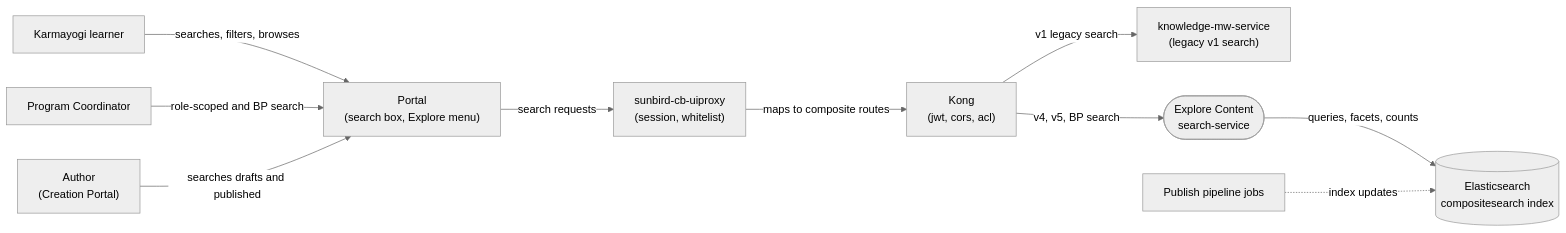
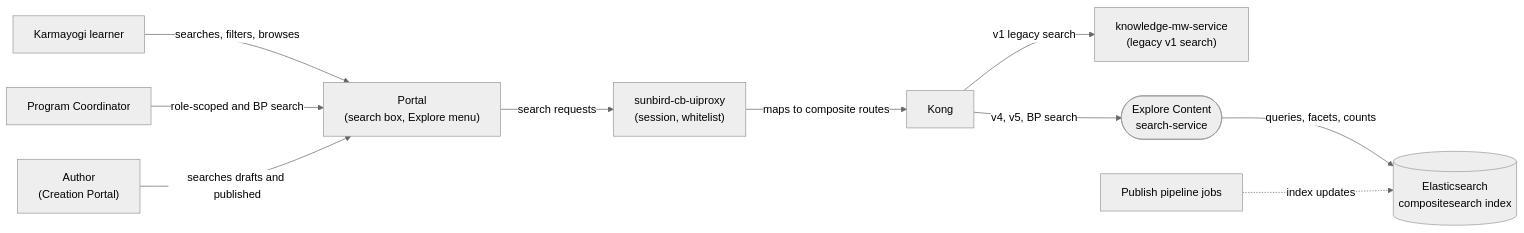
The diagram in docs/explore-content/context-diagram.md (KB-iGOT/igot-docs), drawn with Mermaid (neutral theme) before and after one commit. The commit also changed other lines of this file and 2 other files, not shown here.

Commit message:
security(2/5): remove gateway plugin and ACL detail from context diagrams
Categories removed: gateway plugin list and per-route ACL/JWT check detail.
Routing description kept.

To undo: git revert <this commit>

````diff
--- a/docs/explore-content/context-diagram.md
+++ b/docs/explore-content/context-diagram.md
@@ -13,26 +13,26 @@
 ```mermaid
 flowchart LR
     KAR["Karmayogi learner"]
     PC["Program Coordinator"]
     AUT["Author<br/>(Creation Portal)"]
 
     POR["Portal<br/>(search box, Explore menu)"]
     PX["sunbird-cb-uiproxy<br/>(session, whitelist)"]
-    KONG["Kong<br/>(jwt, cors, acl)"]
+    KONG["Kong"]
     MW["knowledge-mw-service<br/>(legacy v1 search)"]
     PUB["Publish pipeline jobs"]
 
     EXP(["Explore Content<br/>search-service"])
 
     ES[("Elasticsearch<br/>compositesearch index")]
 
     KAR -->|"searches, filters, browses"| POR
     PC -->|"role-scoped and BP search"| POR
     AUT -->|"searches drafts and published"| POR
     POR -->|"search requests"| PX
     PX -->|"maps to composite routes"| KONG
     KONG -->|"v4, v5, BP search"| EXP
     KONG -->|"v1 legacy search"| MW
     EXP -->|"queries, facets, counts"| ES
     PUB -.->|"index updates"| ES
 ```
````
